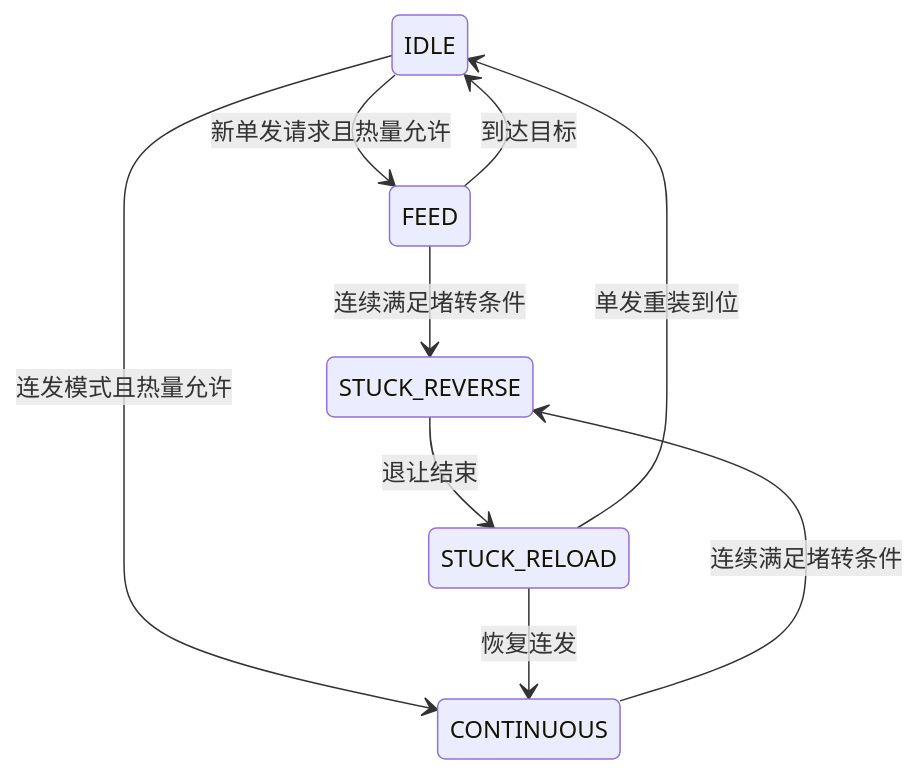
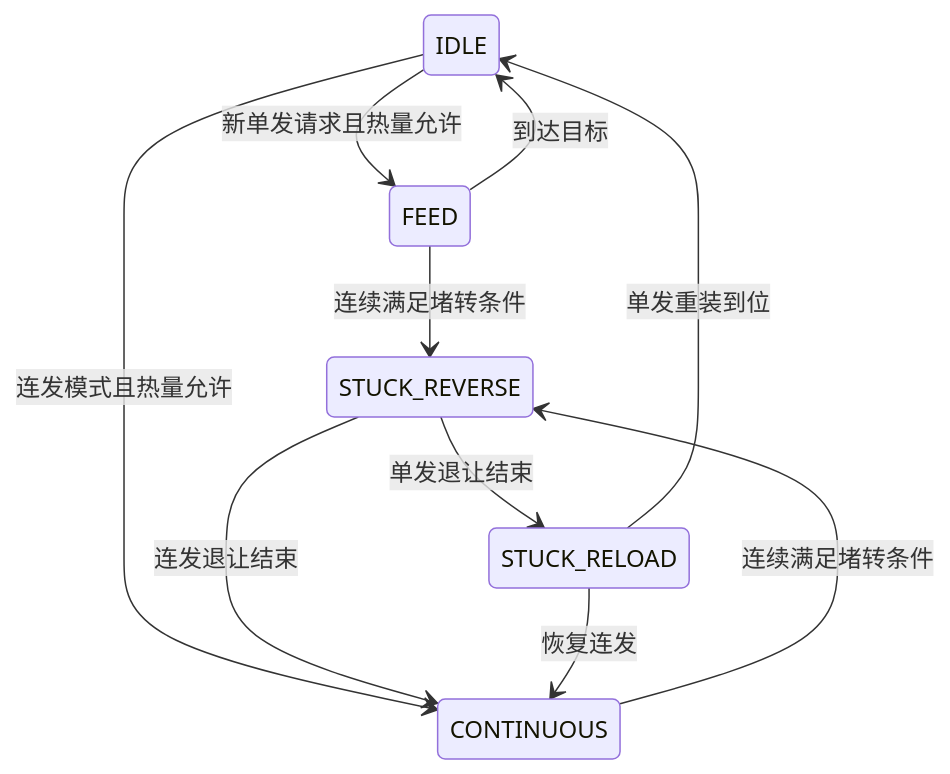
Before and after one commit to RP27-EC/27_LHX: the diagram in 文档/05_发射机构.md, drawn with Mermaid. The commit also changed other lines of this file and 27 other files, not shown here.

````diff
--- a/文档/05_发射机构.md
+++ b/文档/05_发射机构.md
@@ -34,11 +34,12 @@
 ```mermaid
 stateDiagram-v2
     IDLE --> FEED: 新单发请求且热量允许
     IDLE --> CONTINUOUS: 连发模式且热量允许
     FEED --> IDLE: 到达目标
     FEED --> STUCK_REVERSE: 连续满足堵转条件
     CONTINUOUS --> STUCK_REVERSE: 连续满足堵转条件
-    STUCK_REVERSE --> STUCK_RELOAD: 退让结束
+    STUCK_REVERSE --> STUCK_RELOAD: 单发退让结束
+    STUCK_REVERSE --> CONTINUOUS: 连发退让结束
     STUCK_RELOAD --> IDLE: 单发重装到位
     STUCK_RELOAD --> CONTINUOUS: 恢复连发
 ```
````
